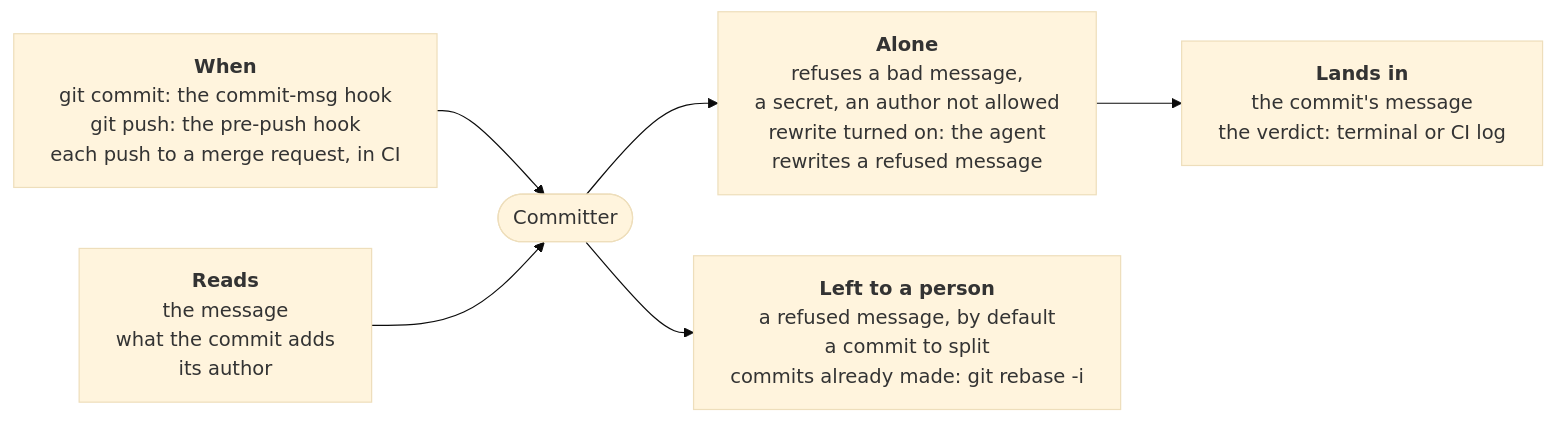
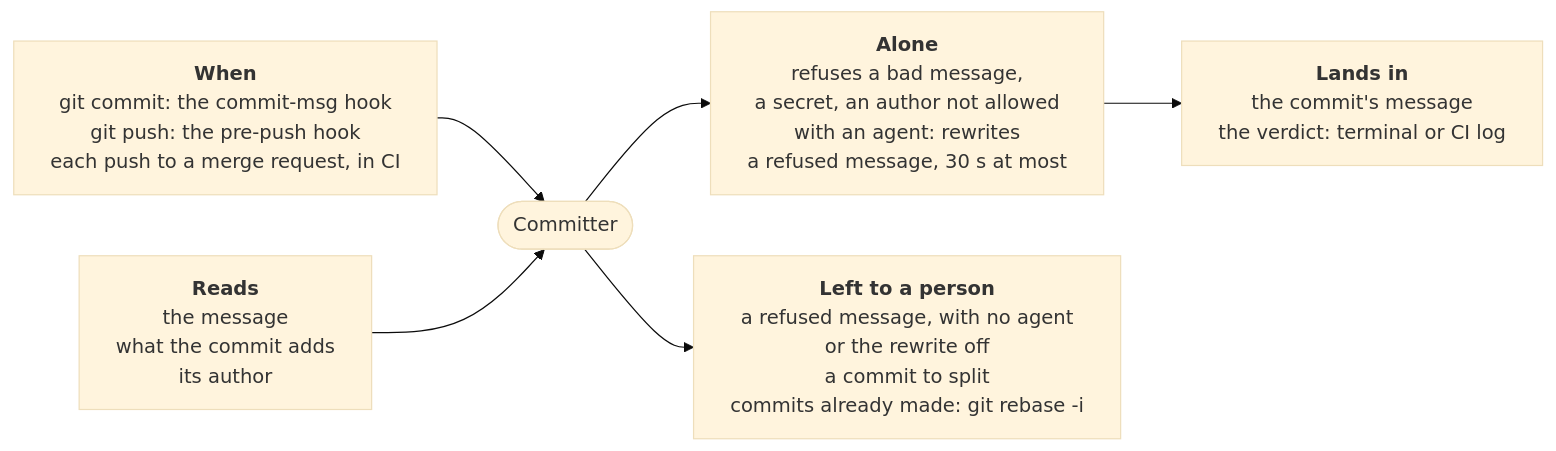
The diagram in roles/committer/README.md (JN0V/workline), drawn with Mermaid (base theme) before and after one commit. The commit also changed other lines of this file and 20 other files, not shown here.

Commit message:
feat(committer): rewrite a refused message by default, 30 s at most

````diff
--- a/roles/committer/README.md
+++ b/roles/committer/README.md
@@ -8,14 +8,14 @@
 ```mermaid
 %%{init: {"flowchart": {"wrappingWidth": 400}}}%%
 flowchart LR
   when["<b>When</b><br/>git commit: the commit-msg hook<br/>git push: the pre-push hook<br/>each push to a merge request, in CI"]
   reads["<b>Reads</b><br/>the message<br/>what the commit adds<br/>its author"]
   role(["Committer"])
-  alone["<b>Alone</b><br/>refuses a bad message,<br/>a secret, an author not allowed<br/>rewrite turned on: the agent<br/>rewrites a refused message"]
-  person["<b>Left to a person</b><br/>a refused message, by default<br/>a commit to split<br/>commits already made: git rebase -i"]
+  alone["<b>Alone</b><br/>refuses a bad message,<br/>a secret, an author not allowed<br/>with an agent: rewrites<br/>a refused message, 30 s at most"]
+  person["<b>Left to a person</b><br/>a refused message, with no agent<br/>or the rewrite off<br/>a commit to split<br/>commits already made: git rebase -i"]
   out["<b>Lands in</b><br/>the commit's message<br/>the verdict: terminal or CI log"]
   when --> role
   reads --> role
   role --> alone --> out
   role --> person
 ```
````
